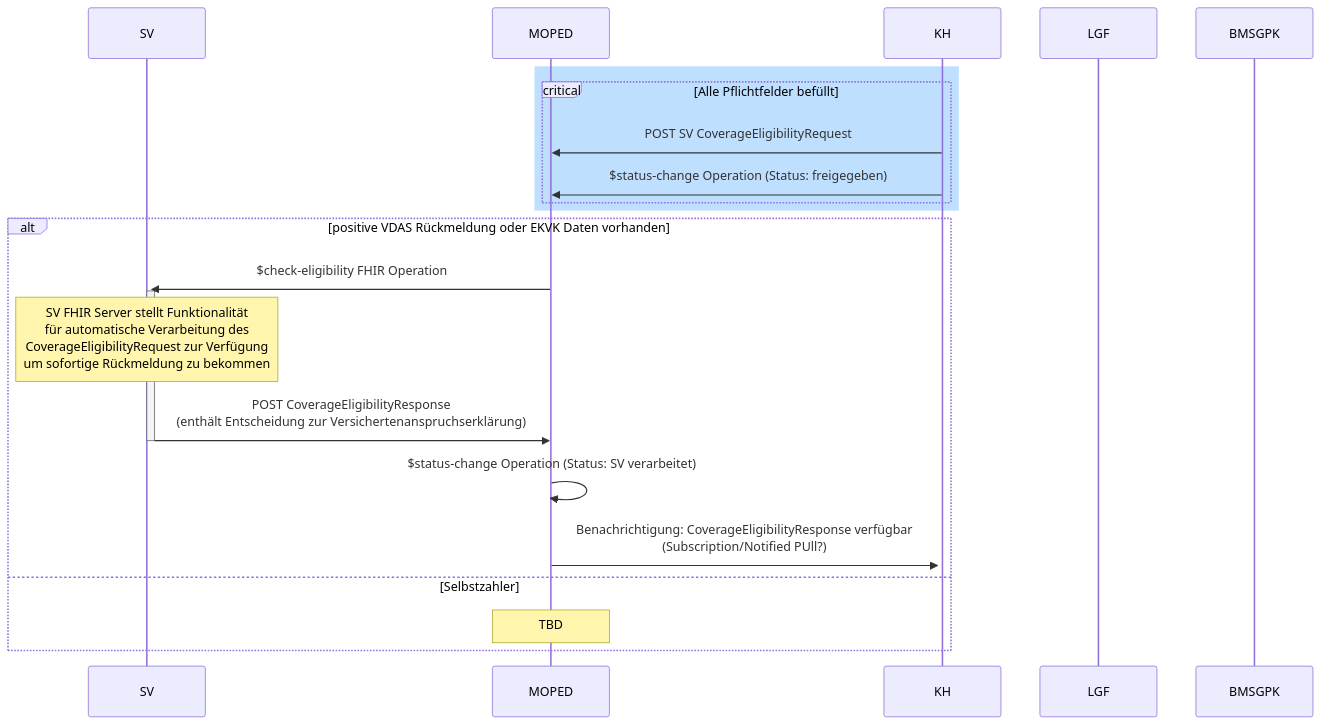
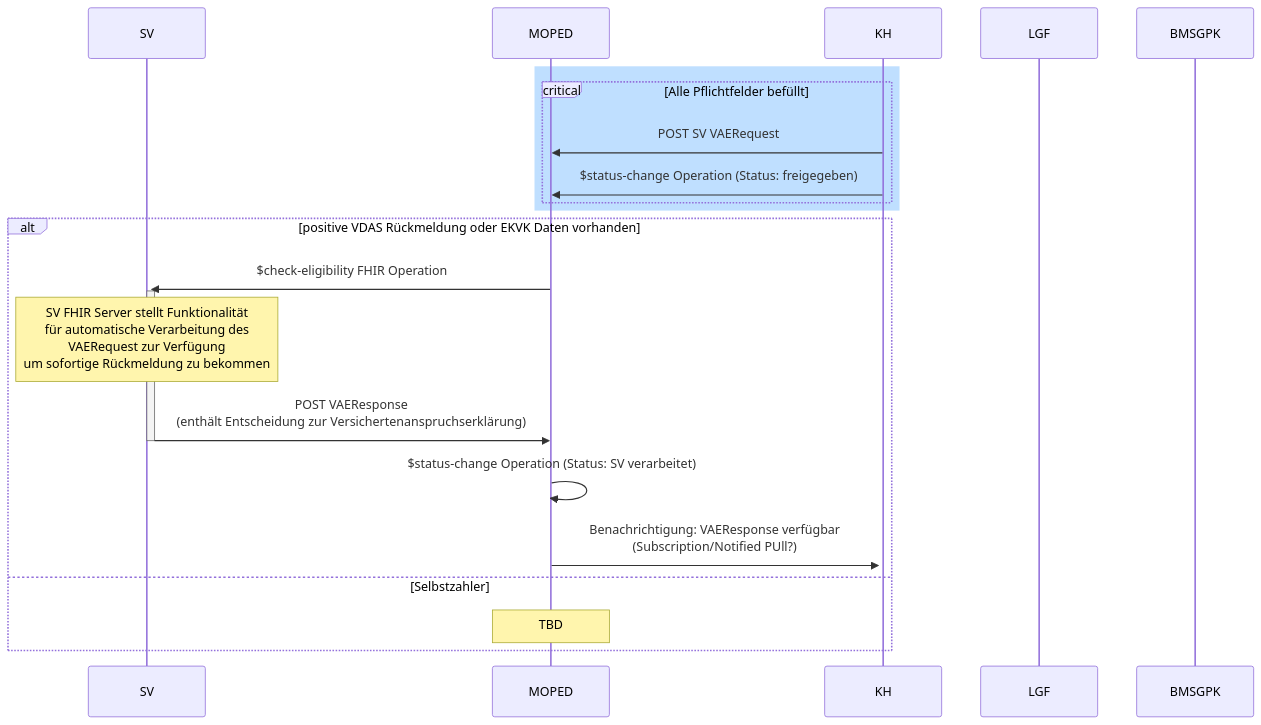
Before and after one commit to HL7Austria/hl7austria.github.io: the diagram in r5-ELGA-MOPED-main/kostenübernahme_seq.md, drawn with Mermaid. The commit also changed 2777 other files, not shown here.

````diff
--- a/r5-ELGA-MOPED-main/kostenübernahme_seq.md
+++ b/r5-ELGA-MOPED-main/kostenübernahme_seq.md
@@ -1,35 +1,35 @@
 ```mermaid
 sequenceDiagram
     
     
     participant SV
     participant M as MOPED
     participant KH
     participant L as LGF
     participant B as BMSGPK
     
     
     rect rgb(191, 223, 255)
     critical Alle Pflichtfelder befüllt
     %%Plifchtfelder definieren? - über mehrere Ressourcen verteilt
-    KH ->> M: POST SV CoverageEligibilityRequest 
+    KH ->> M: POST SV VAERequest 
     KH->>M: $status-change Operation (Status: freigegeben)
     end
     end
     alt positive VDAS Rückmeldung oder EKVK Daten vorhanden
 
     activate SV
     M->>+SV: $check-eligibility FHIR Operation
-    Note over SV: SV FHIR Server stellt Funktionalität<br/> für automatische Verarbeitung des <br/>CoverageEligibilityRequest zur Verfügung<br/>um sofortige Rückmeldung zu bekommen
-    SV->>M: POST CoverageEligibilityResponse <br/>(enthält Entscheidung zur Versichertenanspruchserklärung)
+    Note over SV: SV FHIR Server stellt Funktionalität<br/> für automatische Verarbeitung des <br/>VAERequest zur Verfügung<br/>um sofortige Rückmeldung zu bekommen
+    SV->>M: POST VAEResponse <br/>(enthält Entscheidung zur Versichertenanspruchserklärung)
     deactivate SV
     M->>M: $status-change Operation (Status: SV verarbeitet)
-    M->>+KH: Benachrichtigung: CoverageEligibilityResponse verfügbar <br/>(Subscription/Notified PUll?)
+    M->>+KH: Benachrichtigung: VAEResponse verfügbar <br/>(Subscription/Notified PUll?)
     else Selbstzahler
     Note over M: TBD 
     end
     
     
     
     
 ```
````
